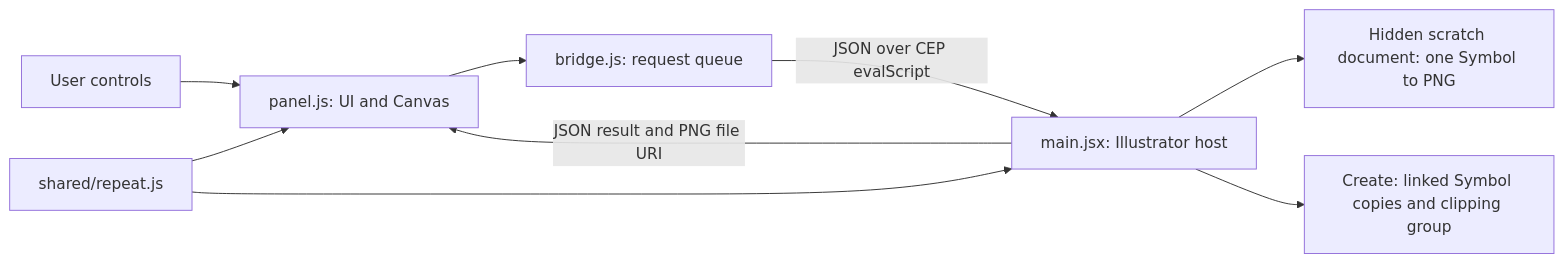
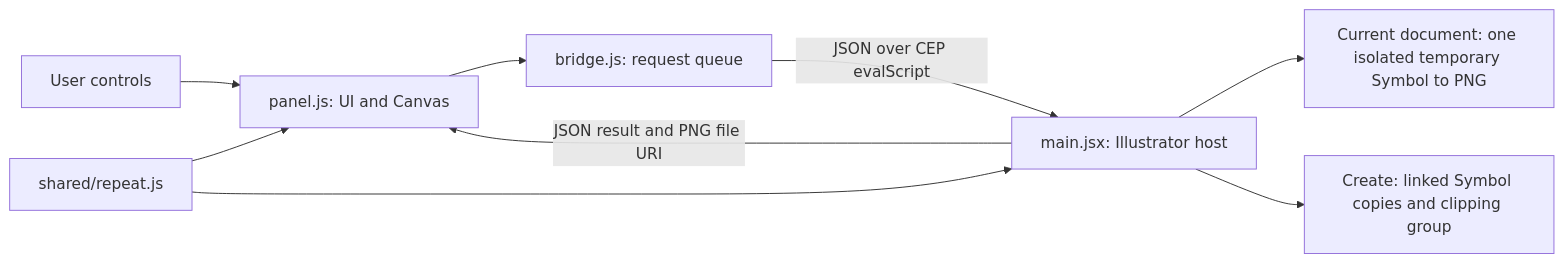
The diagram in README.md (samabogbog/seamless-maker), drawn with Mermaid before and after one commit. The commit also changed other lines of this file and 17 other files, not shown here.

````diff
--- a/README.md
+++ b/README.md
@@ -112,11 +112,11 @@
 ```mermaid
 flowchart LR
     User[User controls] --> Panel[panel.js: UI and Canvas]
     Panel --> Bridge[bridge.js: request queue]
     Bridge -->|JSON over CEP evalScript| Host[main.jsx: Illustrator host]
     Host -->|JSON result and PNG file URI| Panel
     Math[shared/repeat.js] --> Panel
     Math --> Host
-    Host --> Preview[Hidden scratch document: one Symbol to PNG]
+    Host --> Preview[Current document: one isolated temporary Symbol to PNG]
     Host --> Output[Create: linked Symbol copies and clipping group]
 ```
````
